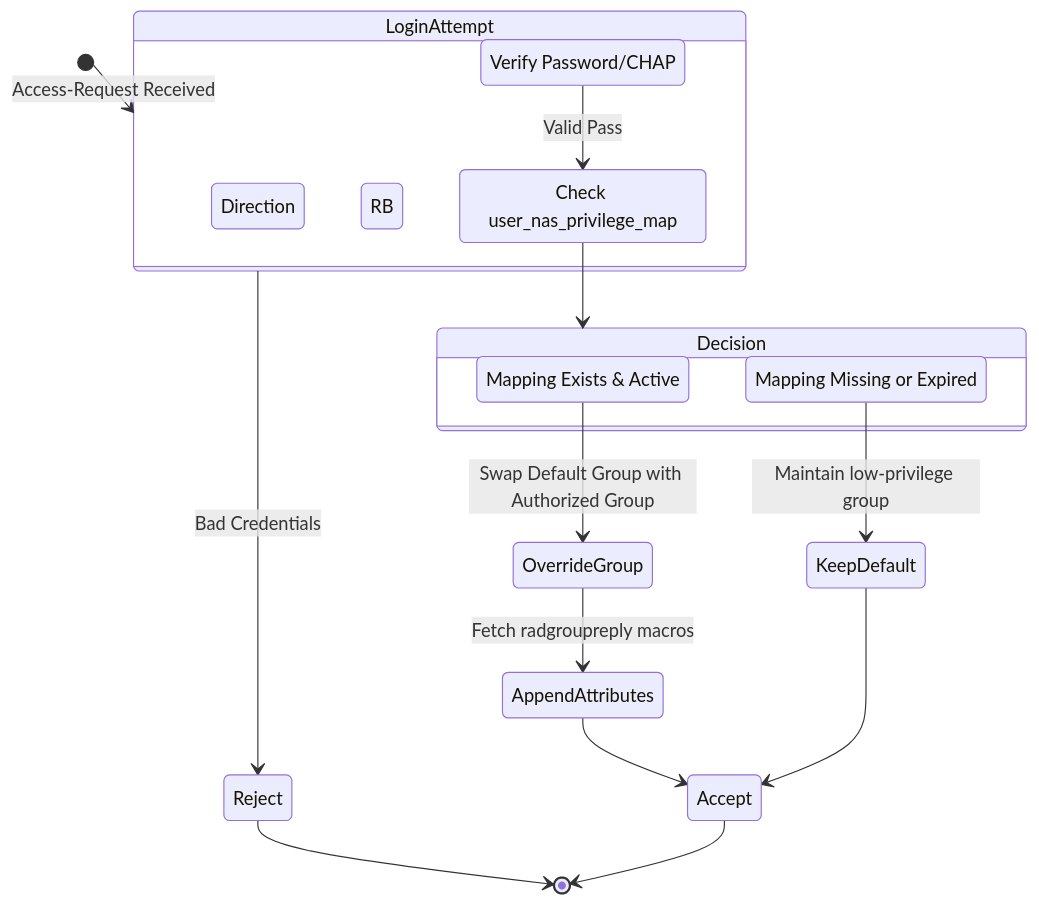
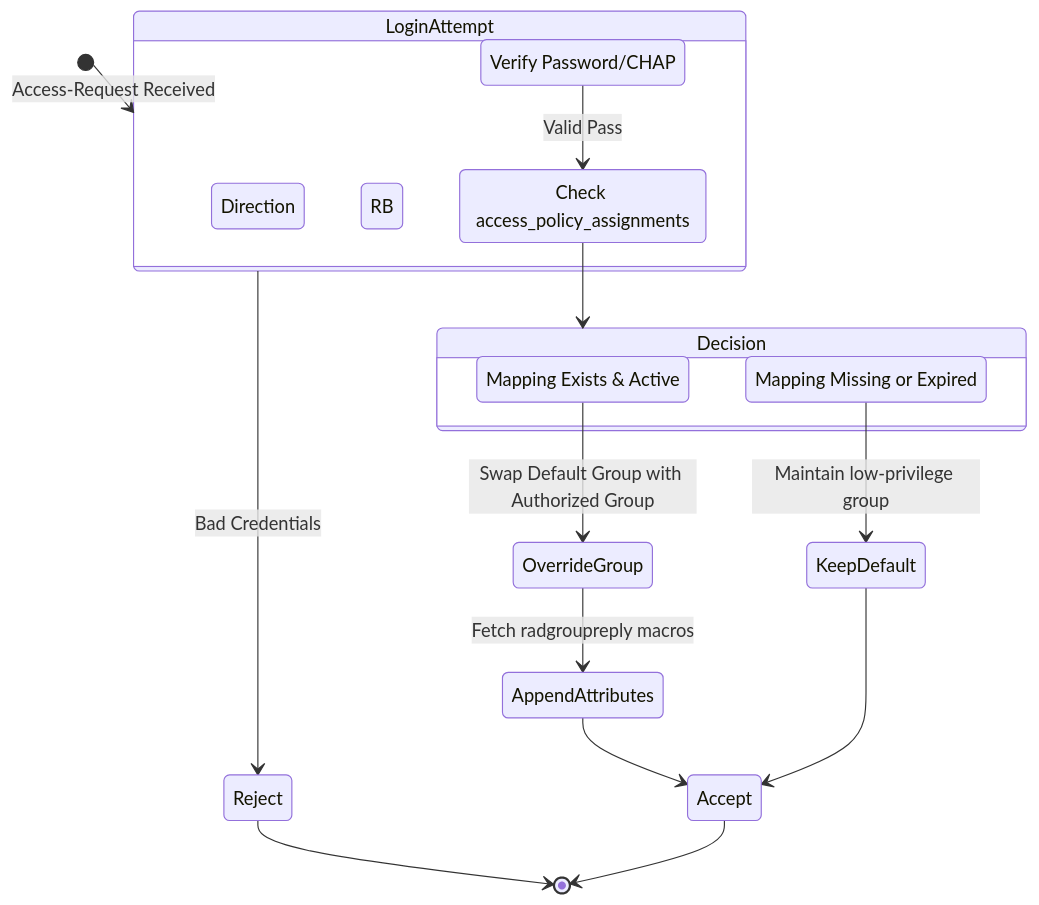
Before and after one commit to alexandervazquez98/ZeroRadius: the diagram in docs/02-iso27001-privilege-map.md, drawn with Mermaid. The commit also changed other lines of this file and 42 other files, not shown here.

````diff
--- a/docs/02-iso27001-privilege-map.md
+++ b/docs/02-iso27001-privilege-map.md
@@ -13,29 +31,29 @@
 ```mermaid
 stateDiagram-v2
     [*] --> LoginAttempt: Access-Request Received
-    
+
     state LoginAttempt {
         Direction RB
         VerifyAuth: Verify Password/CHAP
-        CheckMap: Check user_nas_privilege_map
+        CheckMap: Check access_policy_assignments
     }
-    
+
     LoginAttempt --> Reject: Bad Credentials
     VerifyAuth --> CheckMap: Valid Pass
-    
+
     state Decision {
         HasMap: Mapping Exists & Active
         NoMap: Mapping Missing or Expired
     }
-    
+
     CheckMap --> Decision
     HasMap --> OverrideGroup: Swap Default Group with Authorized Group
     OverrideGroup --> AppendAttributes: Fetch radgroupreply macros
     AppendAttributes --> Accept
-    
+
     NoMap --> KeepDefault: Maintain low-privilege group
     KeepDefault --> Accept
-    
+
     Reject --> [*]
     Accept --> [*]
 ```
````
